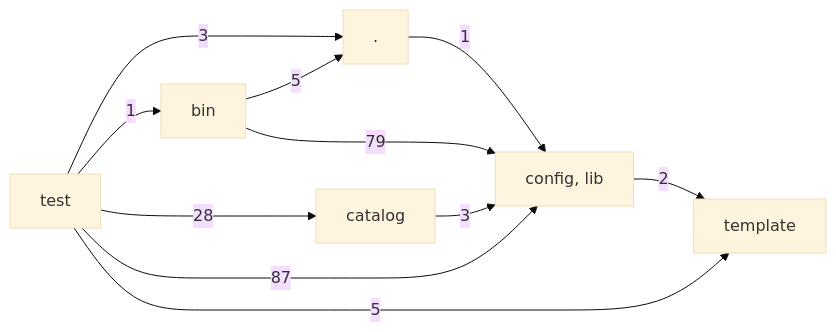
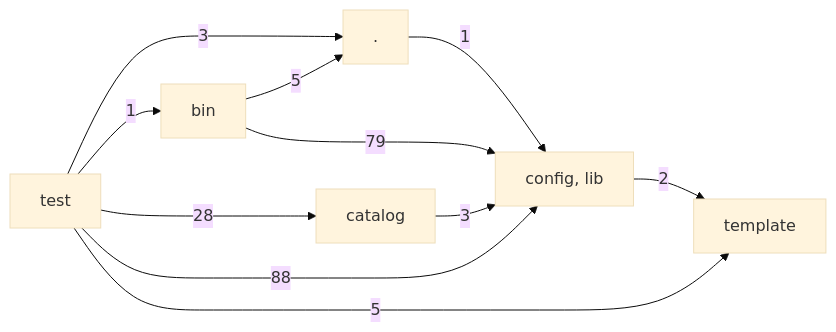
The diagram in docs/architecture/layers.md (hackersandwizards/scaffolding), drawn with Mermaid (base theme) before and after one commit. The commit also changed 8 other files, not shown here.

````diff
--- a/docs/architecture/layers.md
+++ b/docs/architecture/layers.md
@@ -3,19 +3,19 @@
 ```mermaid
 graph LR
   L0["."]
   L1["bin"]
   L2["catalog"]
   L3["config, lib"]
   L4["template"]
   L5["test"]
   L0 -->|1| L3
   L1 -->|5| L0
   L1 -->|79| L3
   L2 -->|3| L3
   L3 -->|2| L4
   L5 -->|3| L0
   L5 -->|1| L1
   L5 -->|28| L2
-  L5 -->|87| L3
+  L5 -->|88| L3
   L5 -->|5| L4
 ```
````
